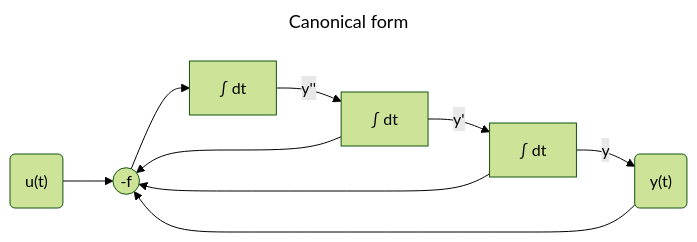
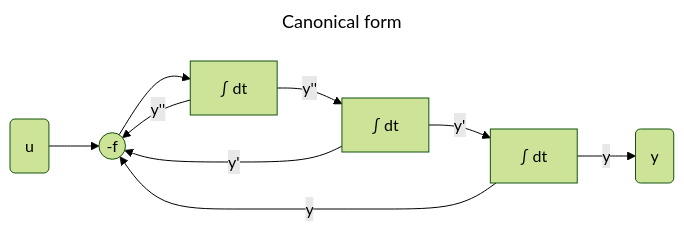
The first of 5 diagrams in SIMULATIONS.md (samo4/cheatsheet), drawn with Mermaid (forest theme) before and after one commit. The commit also changed other lines of this file and 3 other files, not shown here.

````diff
--- a/SIMULATIONS.md
+++ b/SIMULATIONS.md
@@ -80,14 +79,14 @@
 ```mermaid
 ---
 title: Canonical form
 ---
 graph LR
-    U("u(t)") --> F(("-f"))
+    U("u") --> F(("-f"))
     F --> I1["∫ dt"]
     I1 -->|"y''"| I2["∫ dt"]
     I2 -->|"y'"| I3["∫ dt"]
-    I3 -->|"y"| Y("y(t)")
-    I2 --> F
-    I3 --> F
-    Y --> F
+    I3 -->|"y"| Y("y")
+    I2 -->|"y'"| F
+    I1 -->|"y''"| F
+    I3 -->|"y"| F
 ```
````
